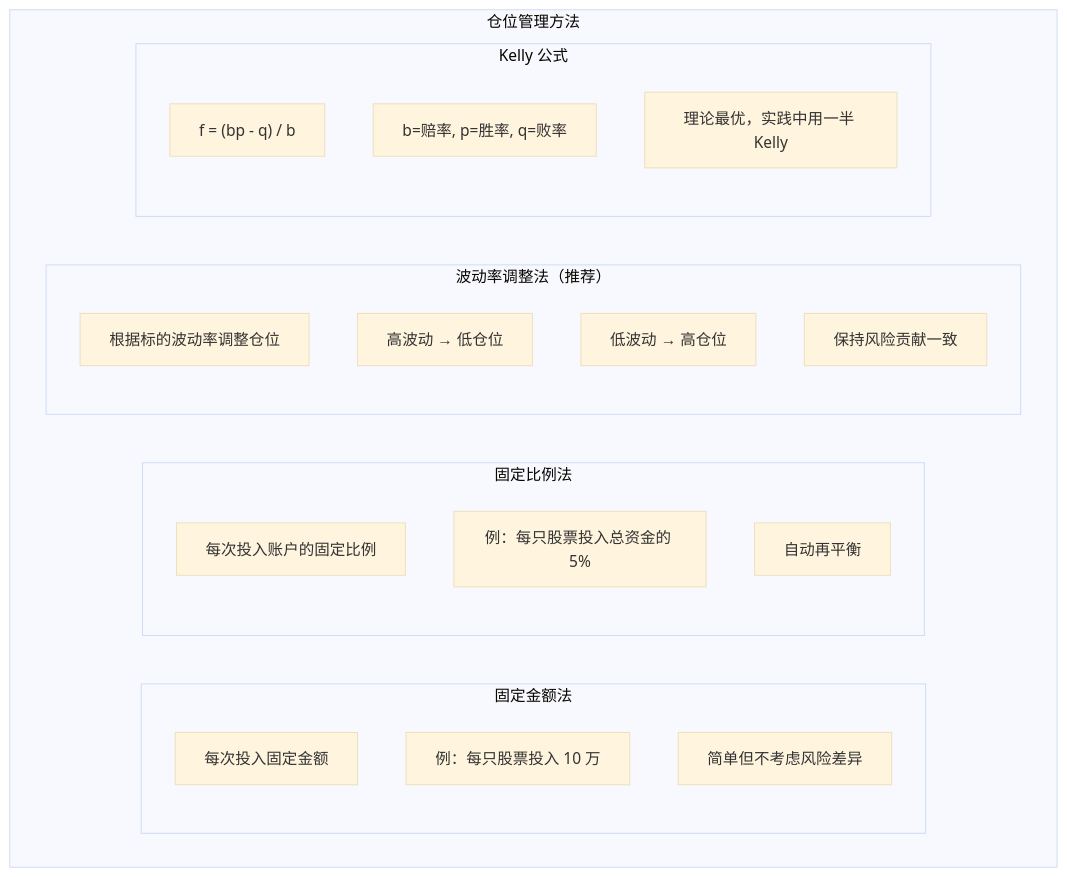
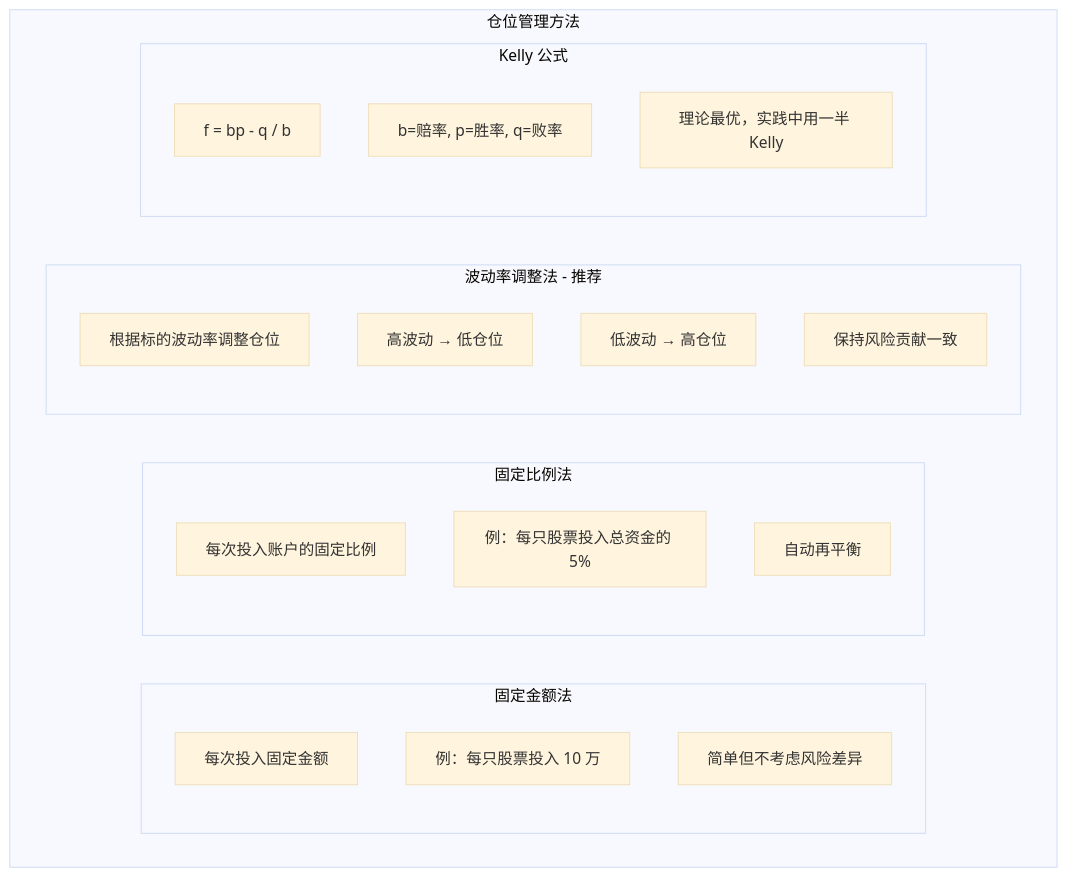
One commit to jpixy/jpixy.github.io changed the sixth of 13 diagrams in content/articles/quant/quant-02-中低频量化交易最佳实践.md. Above: the diagram before and after it, drawn with Mermaid (base theme). The commit also changed other lines of this file and 66 other files, not shown here.

Commit message:
fix: resolve Mermaid syntax errors by removing parentheses in node labels

````diff
--- a/content/articles/quant/quant-02-中低频量化交易最佳实践.md
+++ b/content/articles/quant/quant-02-中低频量化交易最佳实践.md
@@ -193,26 +193,26 @@
 ```mermaid
 graph TB
     subgraph 仓位管理["仓位管理方法"]
         subgraph M1["固定金额法"]
             M1A["每次投入固定金额"]
             M1B["例：每只股票投入 10 万"]
             M1C["简单但不考虑风险差异"]
         end
         subgraph M2["固定比例法"]
             M2A["每次投入账户的固定比例"]
             M2B["例：每只股票投入总资金的 5%"]
             M2C["自动再平衡"]
         end
-        subgraph M3["波动率调整法（推荐）"]
+        subgraph M3["波动率调整法 - 推荐"]
             M3A["根据标的波动率调整仓位"]
             M3B["高波动 → 低仓位"]
             M3C["低波动 → 高仓位"]
             M3D["保持风险贡献一致"]
         end
         subgraph M4["Kelly 公式"]
-            M4A["f = (bp - q) / b"]
+            M4A["f = bp - q / b"]
             M4B["b=赔率, p=胜率, q=败率"]
             M4C["理论最优，实践中用一半 Kelly"]
         end
     end
 ```
````
